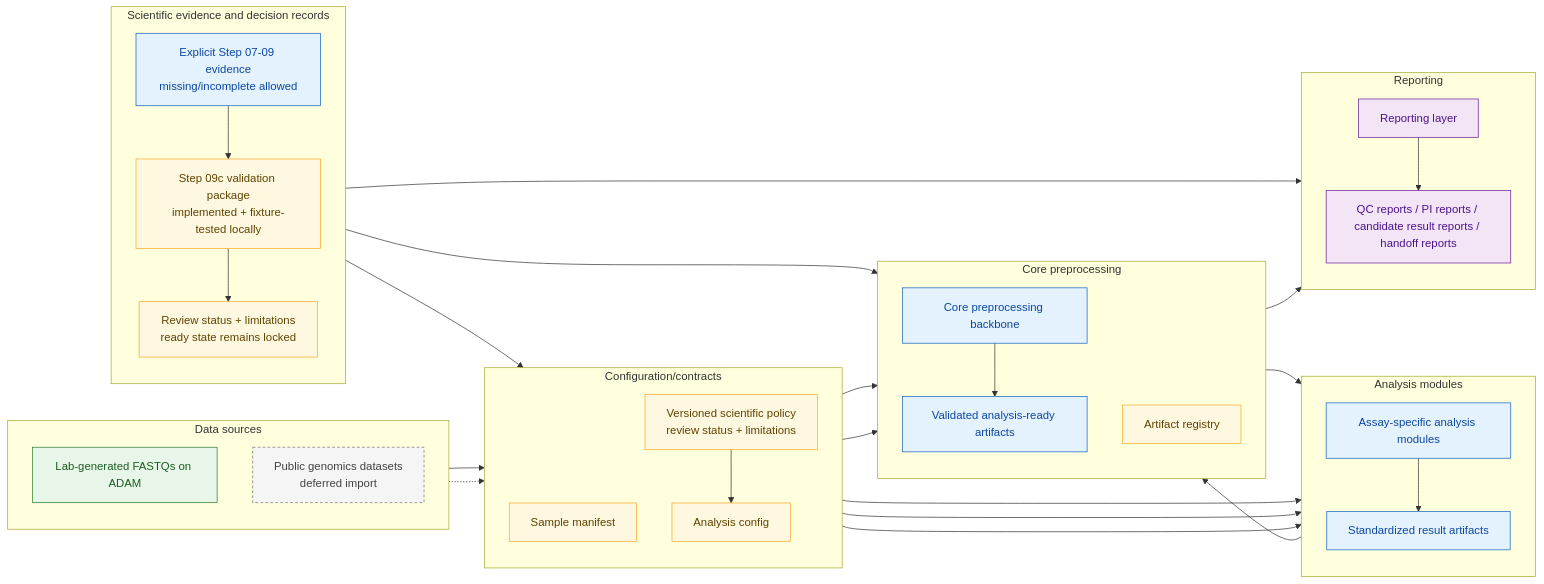
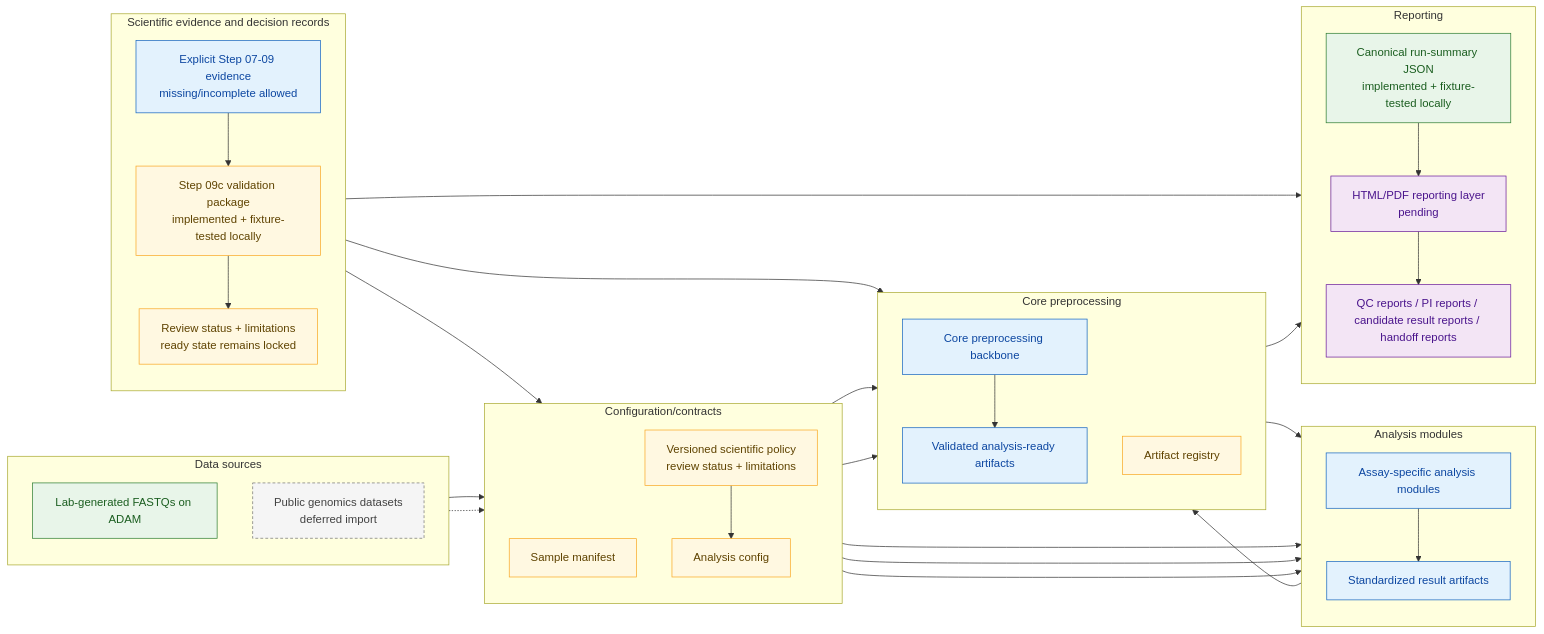
The second of 4 diagrams in docs/architecture/FUTURE_ARCHITECTURE.md (lab-cats/EMRYS), drawn with Mermaid before and after one commit. The commit also changed other lines of this file and 18 other files, not shown here.

Commit message:
artifact run summary docpatch

````diff
--- a/docs/architecture/FUTURE_ARCHITECTURE.md
+++ b/docs/architecture/FUTURE_ARCHITECTURE.md
@@ -120,68 +124,69 @@
 ```mermaid
 flowchart LR
     classDef current fill:#e8f5e9,stroke:#2e7d32,color:#1b5e20
     classDef future fill:#e3f2fd,stroke:#1565c0,color:#0d47a1
     classDef deferred fill:#f5f5f5,stroke:#757575,color:#424242,stroke-dasharray:4 3
     classDef contract fill:#fff8e1,stroke:#f9a825,color:#5f4300
     classDef reporting fill:#f3e5f5,stroke:#6a1b9a,color:#4a148c
 
     subgraph sources["Data sources"]
         direction TB
         lab["Lab-generated FASTQs on ADAM"]
         public["Public genomics datasets<br/>deferred import"]
     end
 
     subgraph contracts["Configuration/contracts"]
         direction TB
         manifest["Sample manifest"]
         config["Analysis config"]
         policy_record["Versioned scientific policy<br/>review status + limitations"]
     end
 
     subgraph core["Core preprocessing"]
         direction TB
         backbone["Core preprocessing backbone"]
         ready["Validated analysis-ready artifacts"]
         registry["Artifact registry"]
     end
 
     subgraph modules["Analysis modules"]
         direction TB
         assays["Assay-specific analysis modules"]
         results["Standardized result artifacts"]
     end
 
     subgraph science["Scientific evidence and decision records"]
         direction TB
         declared09["Explicit Step 07-09 evidence<br/>missing/incomplete allowed"]
         science_review["Step 09c validation package<br/>implemented + fixture-tested locally"]
         decision_record["Review status + limitations<br/>ready state remains locked"]
     end
 
     subgraph reports["Reporting"]
         direction TB
-        report_layer["Reporting layer"]
+        run_summary["Canonical run-summary JSON<br/>implemented + fixture-tested locally"]
+        report_layer["HTML/PDF reporting layer<br/>pending"]
         outputs["QC reports / PI reports / candidate result reports / handoff reports"]
     end
 
     lab --> manifest
     public -.-> manifest
     manifest --> backbone
     config --> backbone
     manifest --> assays
     config --> assays
     policy_record --> config
     policy_record --> assays
-    backbone --> ready --> assays --> results --> registry --> report_layer --> outputs
+    backbone --> ready --> assays --> results --> registry --> run_summary --> report_layer --> outputs
     declared09 --> science_review --> decision_record --> policy_record
     declared09 --> registry
-    decision_record --> report_layer
+    decision_record --> run_summary
 
-    class lab current
+    class lab,run_summary current
     class public deferred
     class manifest,config,policy_record,decision_record,science_review contract
     class backbone,ready future
     class registry contract
     class assays,results,declared09 future
     class report_layer,outputs reporting
 ```
````
